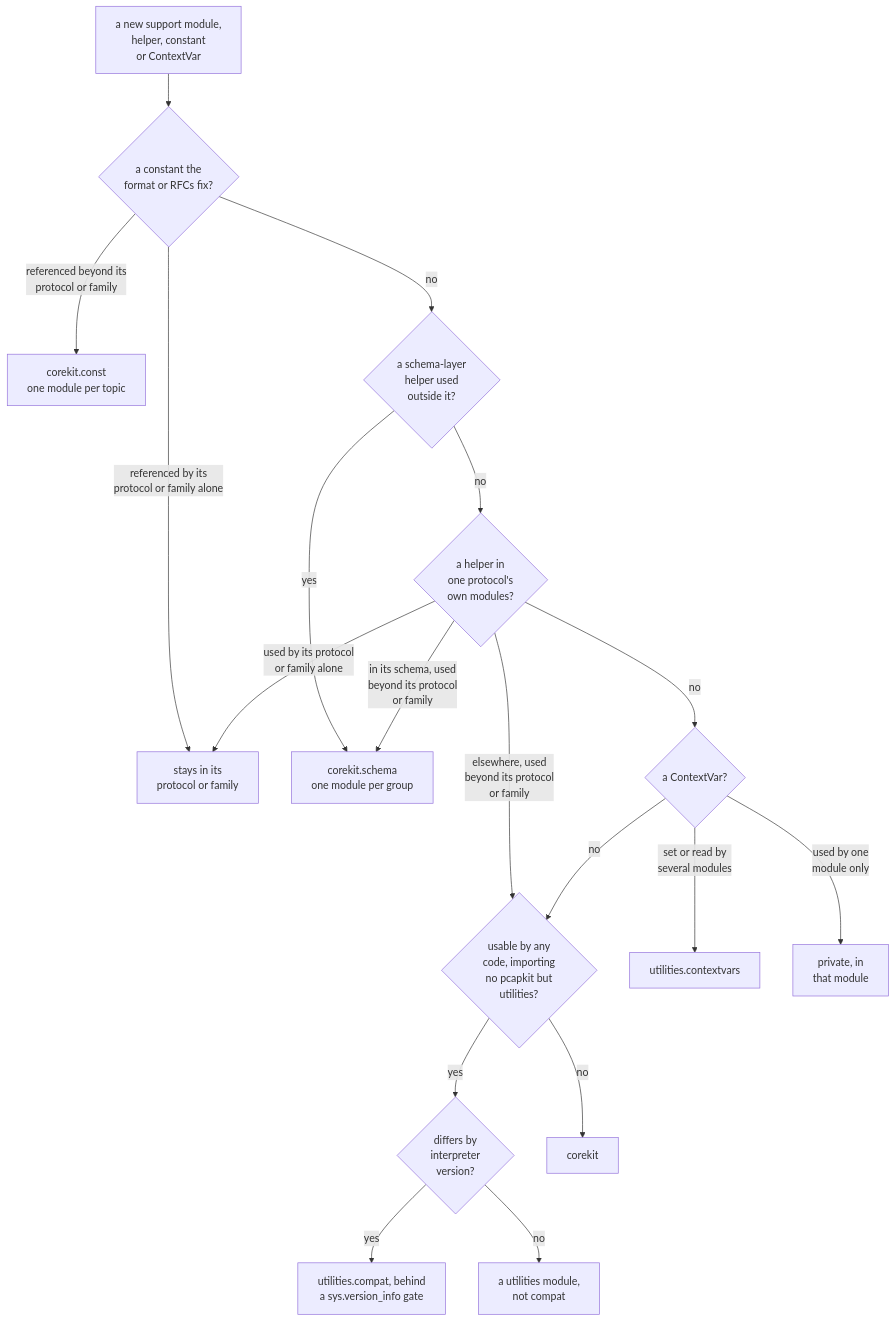
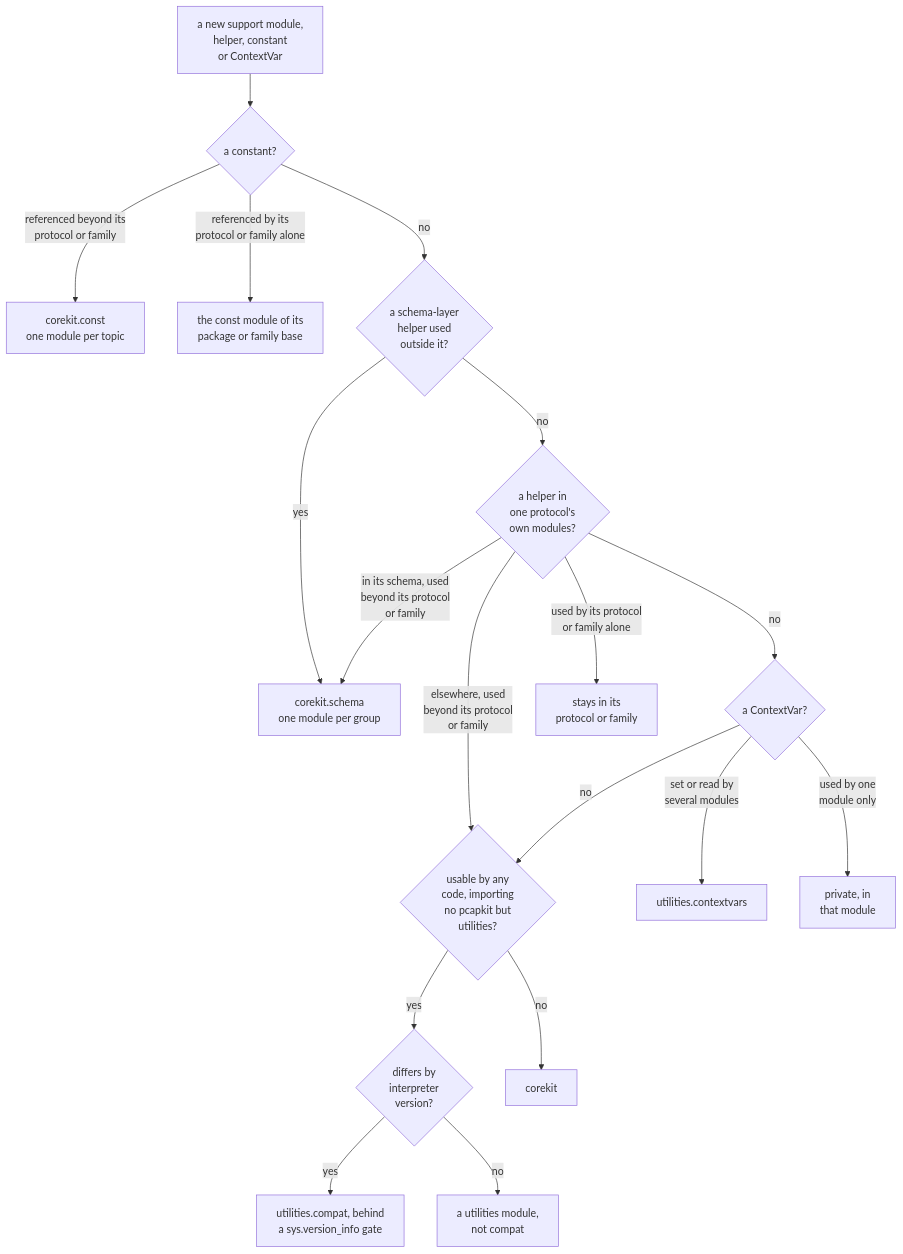
One commit to JarryShaw/PyPCAPKit changed the diagram in docs/source/contributing/conventions/utilities-or-corekit.rst. Above: the diagram before and after it, drawn with Mermaid. The commit also changed other lines of this file and 67 other files, not shown here.

First line of the commit message:
refactor(protocols)!: give each protocol package a const module for its own constants (#2896)

```diff
--- a/docs/source/contributing/conventions/utilities-or-corekit.rst
+++ b/docs/source/contributing/conventions/utilities-or-corekit.rst
@@ -12,20 +12,20 @@
 .. mermaid::
 
    flowchart TD
-       NEW["a new support module,<br/>helper, constant<br/>or ContextVar"] --> CONST{"a constant the<br/>format or RFCs fix?"}
+       NEW["a new support module,<br/>helper, constant<br/>or ContextVar"] --> CONST{"a constant?"}
        CONST -->|"referenced beyond its<br/>protocol or family"| SHARED["corekit.const<br/>one module per topic"]
-       CONST -->|"referenced by its<br/>protocol or family alone"| STAY["stays in its<br/>protocol or family"]
+       CONST -->|"referenced by its<br/>protocol or family alone"| OWNC["the const module of its<br/>package or family base"]
        CONST -->|no| LAYER{"a schema-layer<br/>helper used<br/>outside it?"}
        LAYER -->|no| OWNED{"a helper in<br/>one protocol's<br/>own modules?"}
        LAYER -->|yes| SCHEMA["corekit.schema<br/>one module per group"]
        OWNED -->|"in its schema, used<br/>beyond its protocol<br/>or family"| SCHEMA
        OWNED -->|"elsewhere, used<br/>beyond its protocol<br/>or family"| UTIL
        OWNED -->|no| VAR{"a ContextVar?"}
-       OWNED -->|"used by its protocol<br/>or family alone"| STAY
+       OWNED -->|"used by its protocol<br/>or family alone"| STAY["stays in its<br/>protocol or family"]
        VAR -->|"set or read by<br/>several modules"| CTX["utilities.contextvars"]
        VAR -->|no| UTIL{"usable by any<br/>code, importing<br/>no pcapkit but<br/>utilities?"}
        VAR -->|"used by one<br/>module only"| PRIV["private, in<br/>that module"]
        UTIL -->|yes| VER{"differs by<br/>interpreter<br/>version?"}
        UTIL -->|no| CORE["corekit"]
        VER -->|yes| COMPAT["utilities.compat, behind<br/>a sys.version_info gate"]
        VER -->|no| OWN["a utilities module,<br/>not compat"]
```
